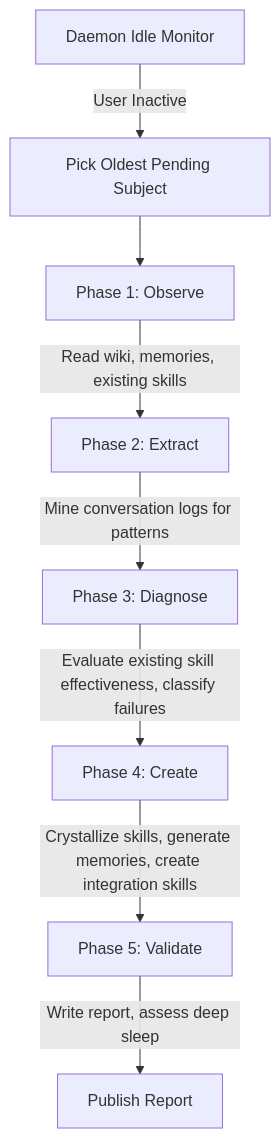
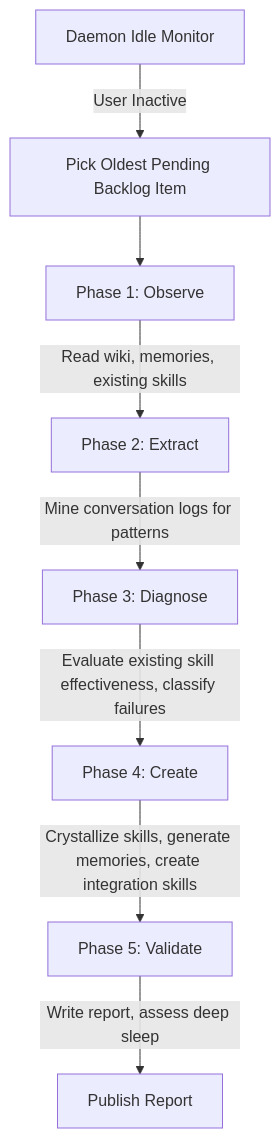
One commit to graphit-labs/graphit-code changed the diagram in docs/specs/dream_module.md. Above: the diagram before and after it, drawn with Mermaid. The commit also changed other lines of this file and 905 other files, not shown here.

````diff
--- a/docs/specs/dream_module.md
+++ b/docs/specs/dream_module.md
@@ -33,10 +56,10 @@
 ```mermaid
 graph TD
-    A[Daemon Idle Monitor] -->|User Inactive| B[Pick Oldest Pending Subject]
+    A[Daemon Idle Monitor] -->|User Inactive| B[Pick Oldest Pending Backlog Item]
     B --> C["Phase 1: Observe"]
     C -->|Read wiki, memories, existing skills| D["Phase 2: Extract"]
     D -->|Mine conversation logs for patterns| E["Phase 3: Diagnose"]
     E -->|Evaluate existing skill effectiveness, classify failures| F["Phase 4: Create"]
     F -->|Crystallize skills, generate memories, create integration skills| G["Phase 5: Validate"]
     G -->|Write report, assess deep sleep| H[Publish Report]
 ```
````
